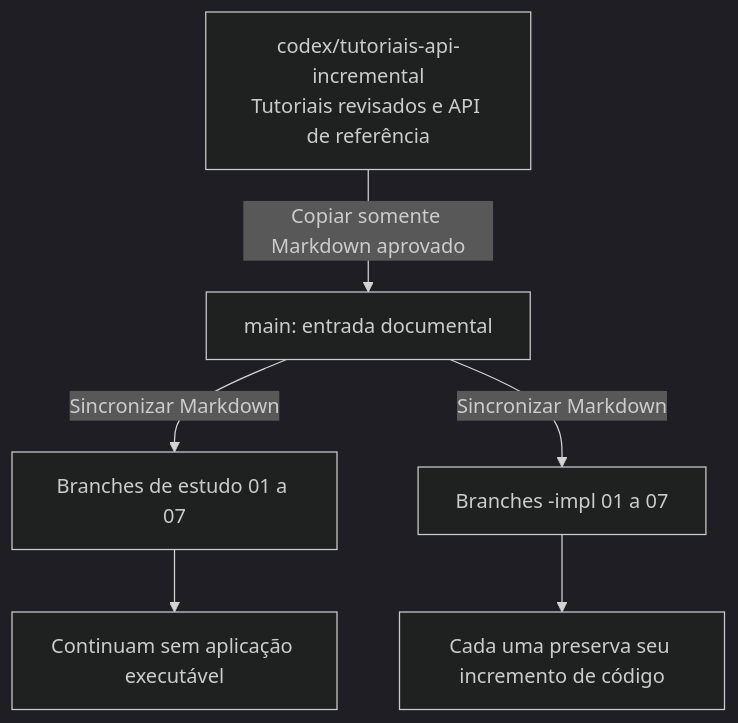
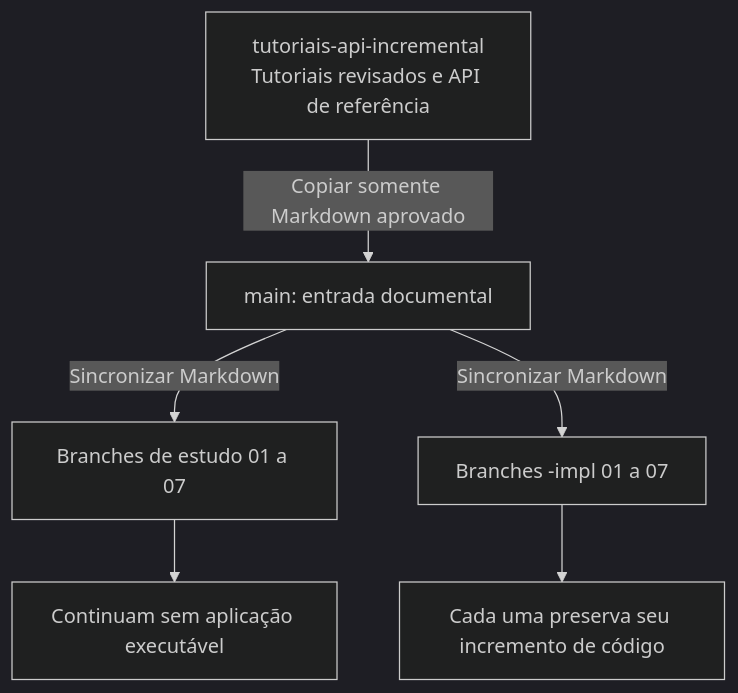
Before and after one commit to e24Dev/CaixaDeSugestoes: the diagram in docs/guia-professor.md, drawn with Mermaid (dark theme). The commit also changed other lines of this file and 1 other file, not shown here.

Commit message:
docs: atualiza nome da branch de tutoriais sem prefixo

````diff
--- a/docs/guia-professor.md
+++ b/docs/guia-professor.md
@@ -99,9 +99,9 @@
 ```mermaid
 flowchart TB
-    Revisao["codex/tutoriais-api-incremental<br/>Tutoriais revisados e API de referência"]
+    Revisao["tutoriais-api-incremental<br/>Tutoriais revisados e API de referência"]
     Revisao -->|"Copiar somente Markdown aprovado"| Main["main: entrada documental"]
     Main -->|"Sincronizar Markdown"| Estudos["Branches de estudo 01 a 07"]
     Main -->|"Sincronizar Markdown"| Impl["Branches -impl 01 a 07"]
     Estudos --> Documentos["Continuam sem aplicação executável"]
     Impl --> Incrementos["Cada uma preserva seu incremento de código"]
 ```
````
